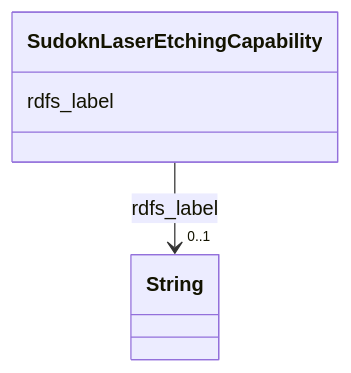
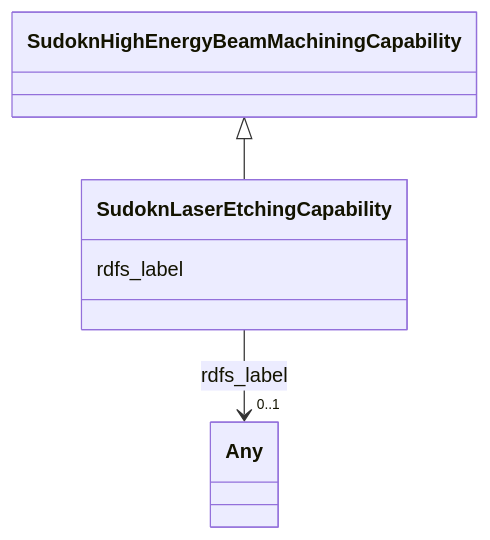
The diagram in sudokn-kg/classes/SudoknLaserEtchingCapability.md (frink-okn/graph-descriptions), drawn with Mermaid before and after one commit. The commit also changed other lines of this file and 903 other files, not shown here.

````diff
--- a/sudokn-kg/classes/SudoknLaserEtchingCapability.md
+++ b/sudokn-kg/classes/SudoknLaserEtchingCapability.md
@@ -23,15 +18,18 @@
 ```mermaid
  classDiagram
     class SudoknLaserEtchingCapability
     click SudoknLaserEtchingCapability href "../SudoknLaserEtchingCapability"
+      SudoknHighEnergyBeamMachiningCapability <|-- SudoknLaserEtchingCapability
+        click SudoknHighEnergyBeamMachiningCapability href "../SudoknHighEnergyBeamMachiningCapability"
+      
       SudoknLaserEtchingCapability : rdfs_label
         
           
     
     
-    SudoknLaserEtchingCapability --> "0..1" String : rdfs_label
-    click String href "../String"
+    SudoknLaserEtchingCapability --> "0..1" Any : rdfs_label
+    click Any href "../Any"
 
         
       
 ```
````
